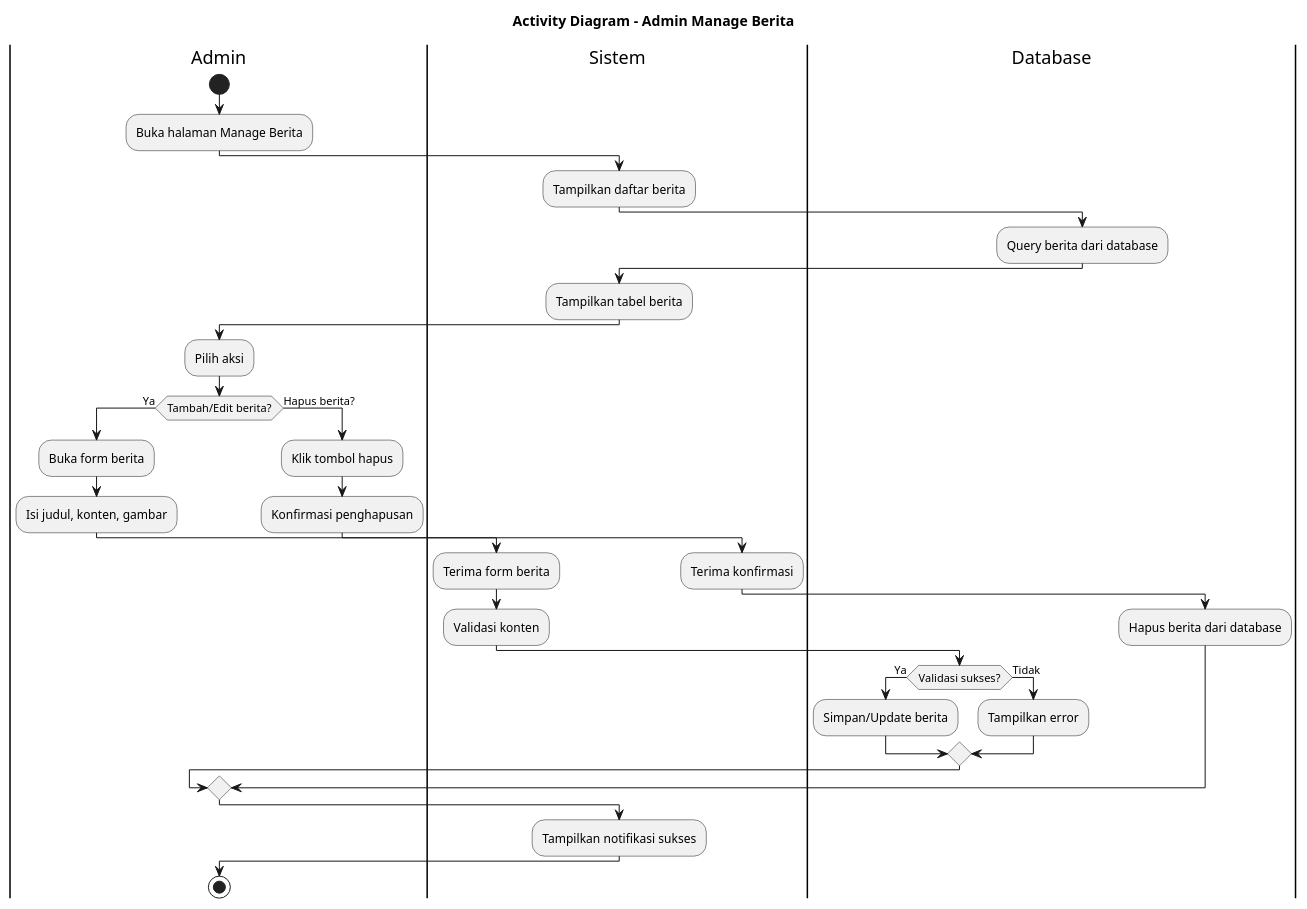
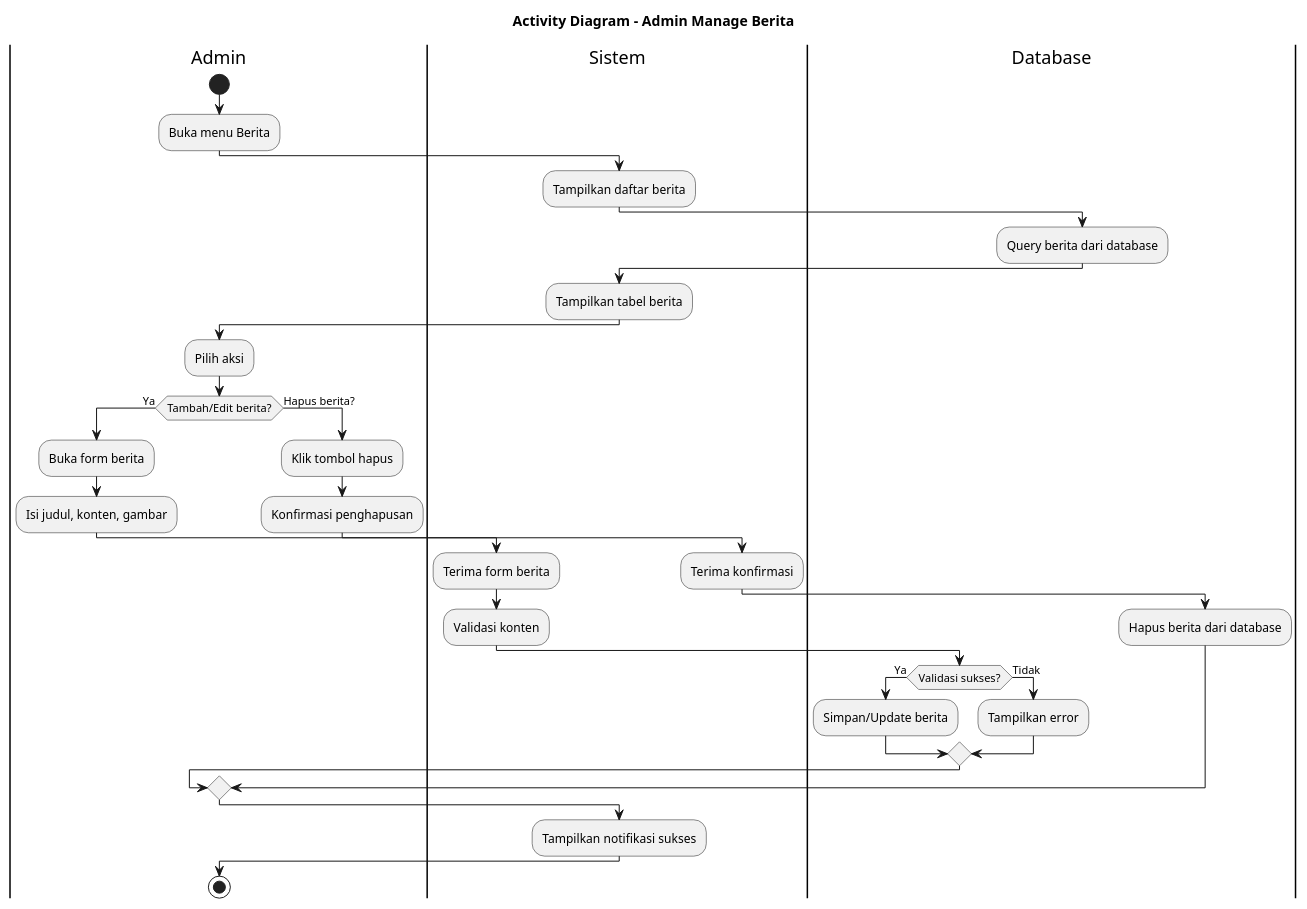
The diagram in diagram/activitydiagram_admin_manage_berita.puml (jaddu17/capstonepmikp), drawn with PlantUML before and after one commit. The commit also changed 20 other files, not shown here.

```diff
--- a/diagram/activitydiagram_admin_manage_berita.puml
+++ b/diagram/activitydiagram_admin_manage_berita.puml
@@ -1,53 +1,53 @@
 @startuml ACTIVITY_DIAGRAM_ADMIN_MANAGE_BERITA
 title Activity Diagram - Admin Manage Berita
 
 |Admin|
 start
-:Buka halaman Manage Berita;
+:Buka menu Berita;
 
 |Sistem|
 :Tampilkan daftar berita;
 
 |Database|
 :Query berita dari database;
 
 |Sistem|
 :Tampilkan tabel berita;
 
 |Admin|
 :Pilih aksi;
 if (Tambah/Edit berita?) then (Ya)
   :Buka form berita;
   :Isi judul, konten, gambar;
   
   |Sistem|
   :Terima form berita;
   :Validasi konten;
 
   |Database|
   if (Validasi sukses?) then (Ya)
     :Simpan/Update berita;
   else (Tidak)
     :Tampilkan error;
   endif
 
 else (Hapus berita?)
   |Admin|
   :Klik tombol hapus;
   :Konfirmasi penghapusan;
 
   |Sistem|
   :Terima konfirmasi;
 
   |Database|
   :Hapus berita dari database;
 
 endif
 
 |Sistem|
 :Tampilkan notifikasi sukses;
 
 |Admin|
 stop
 
 @enduml
```
